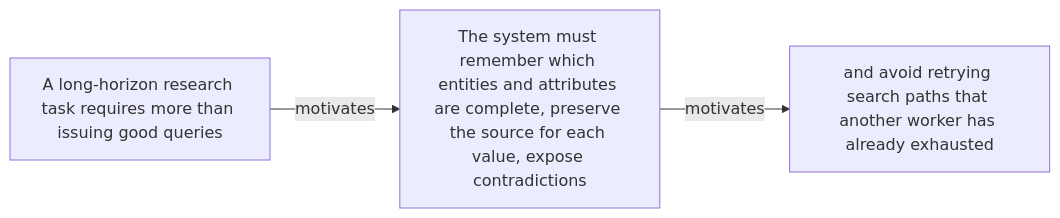
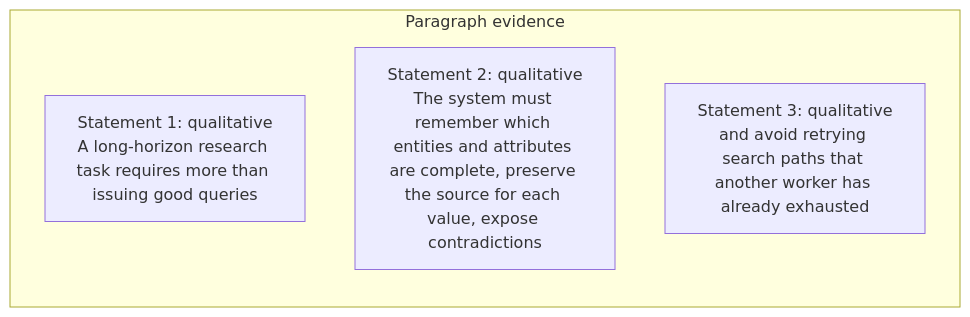
One commit to Betancourt1/paper_atlas changed the first of 51 diagrams in docs/visual-manifests/VISUAL_MANIFEST_SEARCHOS_V1.md. Above: the diagram before and after it, drawn with Mermaid. The commit also changed other lines of this file and 7 other files, not shown here.

````diff
--- a/docs/visual-manifests/VISUAL_MANIFEST_SEARCHOS_V1.md
+++ b/docs/visual-manifests/VISUAL_MANIFEST_SEARCHOS_V1.md
@@ -58,8 +55,8 @@
 ```mermaid
 flowchart LR
-  n1["A long-horizon research task requires more than issuing good queries"]
-  n2["The system must remember which entities and attributes are complete, preserve the source for each value, expose contradictions"]
-  n3["and avoid retrying search paths that another worker has already exhausted"]
-  n1 -->|"motivates"| n2
-  n2 -->|"motivates"| n3
+  subgraph p1["Paragraph evidence"]
+    p1r1["Statement 1: qualitative<br/>A long-horizon research task requires more than issuing good queries"]
+    p1r2["Statement 2: qualitative<br/>The system must remember which entities and attributes are complete, preserve the source for each value, expose contradictions"]
+    p1r3["Statement 3: qualitative<br/>and avoid retrying search paths that another worker has already exhausted"]
+  end
 ```
````
